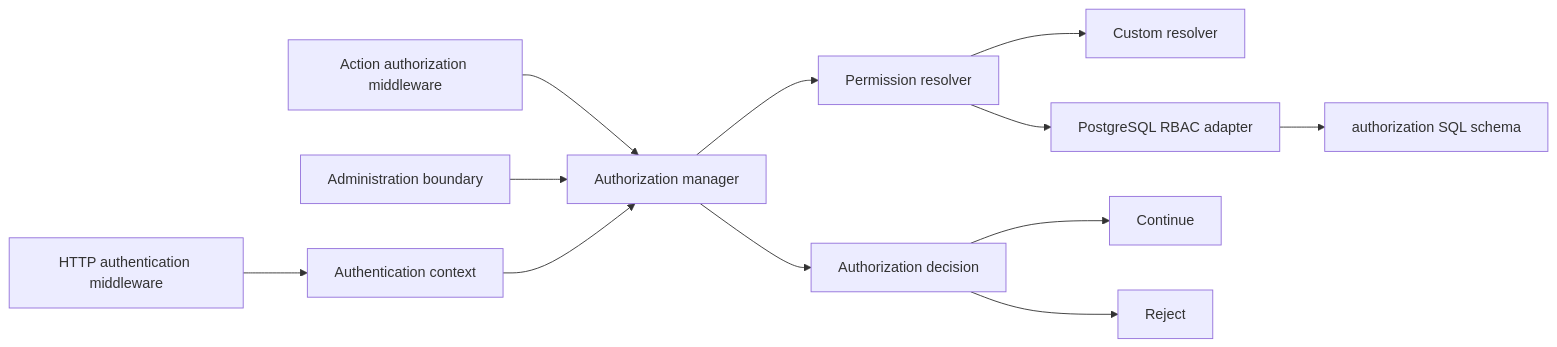
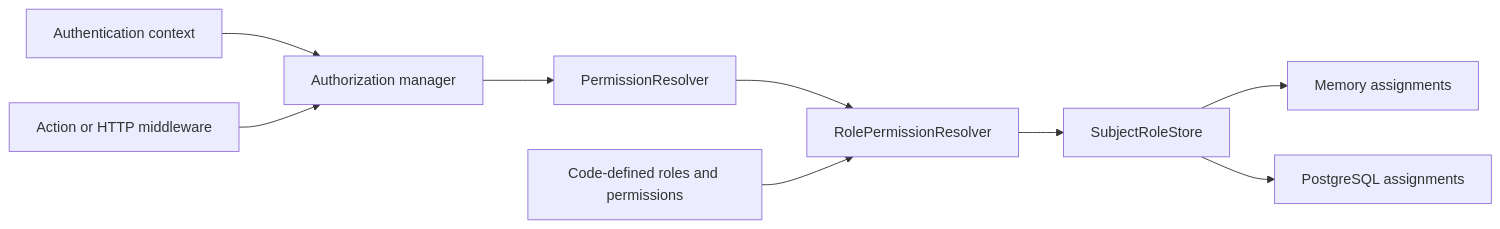
One commit to antarestupin/kestrel-framework changed the diagram in docs/implementation/authorization.md. Above: the diagram before and after it, drawn with Mermaid. The commit also changed other lines of this file and 26 other files, not shown here.

Commit message:
refactor(authorization): define role policies in code

````diff
--- a/docs/implementation/authorization.md
+++ b/docs/implementation/authorization.md
@@ -139,14 +22,11 @@
 ```mermaid
 flowchart LR
-    HTTP[HTTP authentication middleware] --> AuthContext[Authentication context]
-    Action[Action authorization middleware] --> Manager[Authorization manager]
-    Admin[Administration boundary] --> Manager
-    AuthContext --> Manager
-    Manager --> Resolver[Permission resolver]
-    Resolver --> Custom[Custom resolver]
-    Resolver --> RBAC[PostgreSQL RBAC adapter]
-    RBAC --> Schema[authorization SQL schema]
-    Manager --> Decision[Authorization decision]
-    Decision --> Allowed[Continue]
-    Decision --> Denied[Reject]
+    Authentication[Authentication context] --> Manager[Authorization manager]
+    Middleware[Action or HTTP middleware] --> Manager
+    Manager --> Resolver[PermissionResolver]
+    Resolver --> Roles[RolePermissionResolver]
+    Catalog[Code-defined roles and permissions] --> Roles
+    Roles --> Store[SubjectRoleStore]
+    Store --> Memory[Memory assignments]
+    Store --> Postgres[PostgreSQL assignments]
 ```
````
